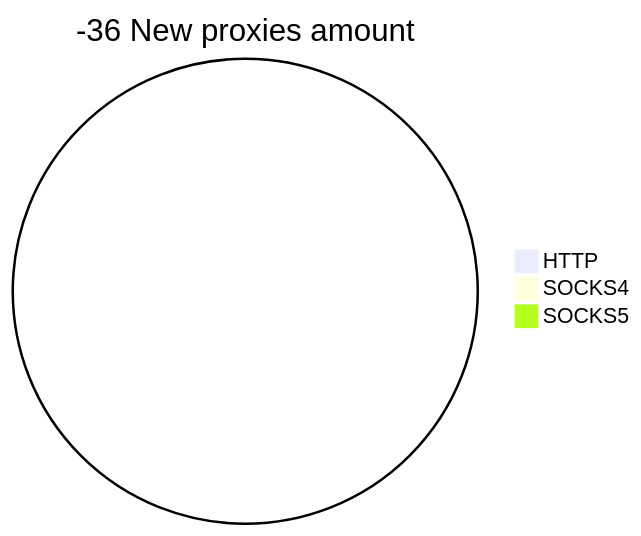
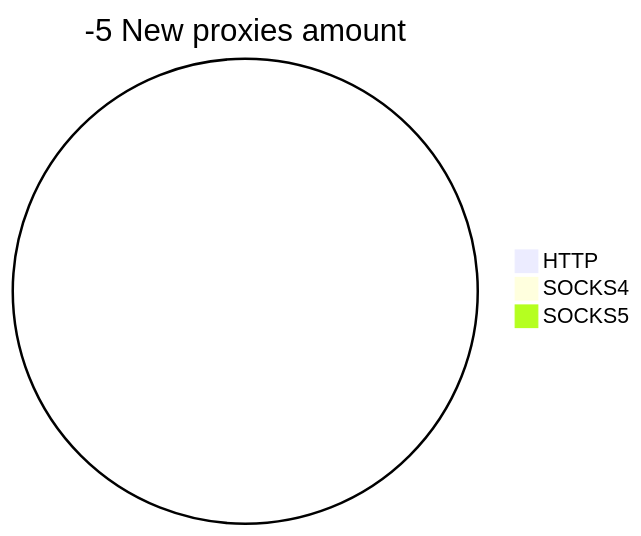
One commit to cutipu/proxylist changed the second of 2 diagrams in README.md. Above: the diagram before and after it, drawn with Mermaid. The commit also changed other lines of this file, not shown here.

````diff
--- a/README.md
+++ b/README.md
@@ -10,6 +10,6 @@
 ```mermaid
-pie title -36 New proxies amount
+pie title -5 New proxies amount
     "HTTP" : 0
     "SOCKS4" : 0
     "SOCKS5" : 0
 ```
````
